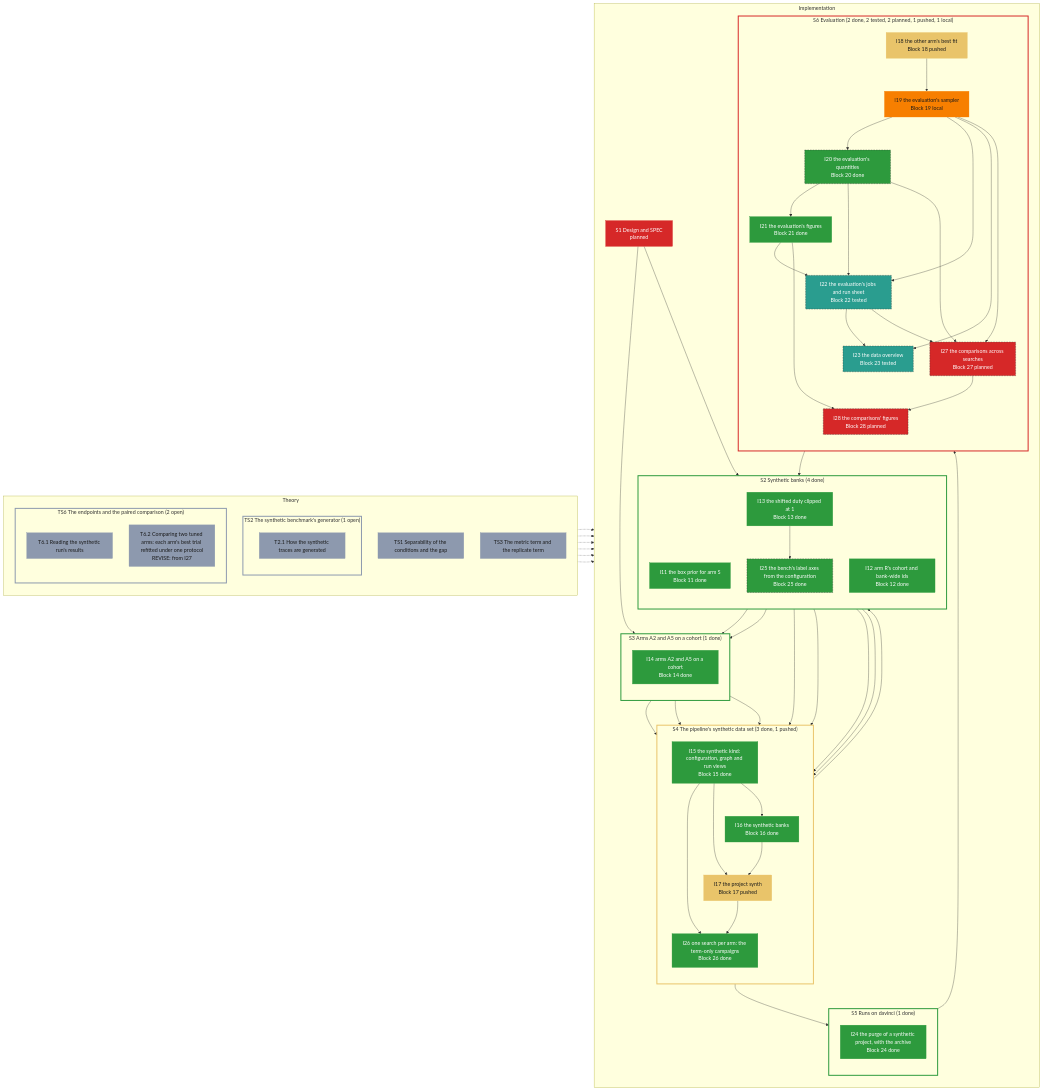
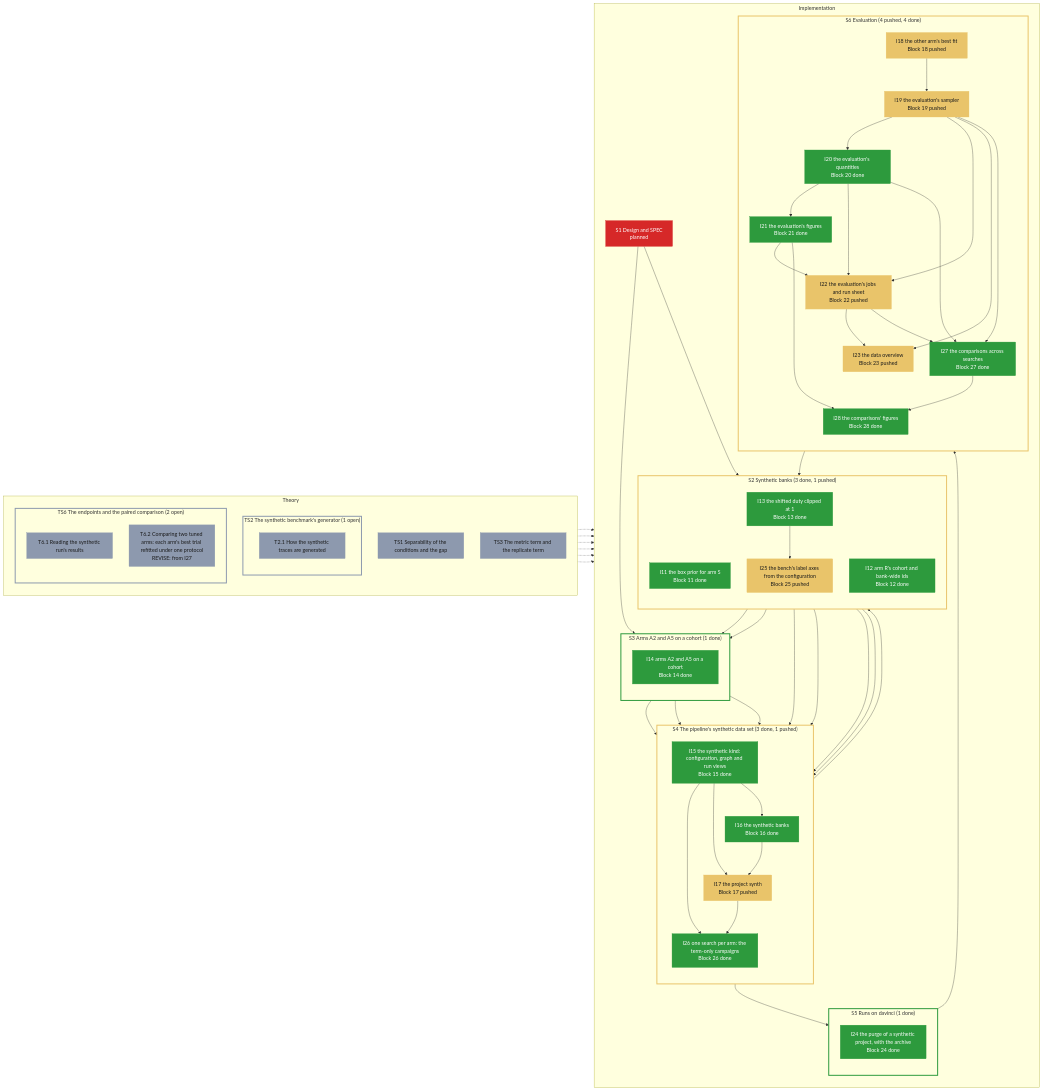
The diagram in specs/roadmap/synth.md (Leonardodm00/Simulation-Based-Inference), drawn with Mermaid before and after one commit. The commit also changed other lines of this file, not shown here.

First line of the commit message:
roadmap: synth re-rendered at 0631713: I20, I21, I27 and I28 done (the tester's report of 2026-11-16 at bd7651f, its Scope line now parsed); I17-I19, I22, I23 and I25 pushed (files of theirs changed after the tested commit)

````diff
--- a/specs/roadmap/synth.md
+++ b/specs/roadmap/synth.md
@@ -33,12 +33,12 @@
     subgraph impl["Implementation"]
         direction TB
         S1["S1 Design and SPEC<br/>planned"]:::planned
-        subgraph grp_S2["S2 Synthetic banks (4 done)"]
+        subgraph grp_S2["S2 Synthetic banks (3 done, 1 pushed)"]
             direction TB
             I11["I11 the box prior for arm S<br/>Block 11 done"]:::done
             I12["I12 arm R's cohort and bank-wide ids<br/>Block 12 done"]:::done
             I13["I13 the shifted duty clipped at 1<br/>Block 13 done"]:::done
-            I25["I25 the bench's label axes from the configuration<br/>Block 25 done"]:::done
+            I25["I25 the bench's label axes from the configuration<br/>Block 25 pushed"]:::pushed
         end
         subgraph grp_S3["S3 Arms A2 and A5 on a cohort (1 done)"]
             direction TB
@@ -55,16 +55,16 @@
             direction TB
             I24["I24 the purge of a synthetic project, with the archive<br/>Block 24 done"]:::done
         end
-        subgraph grp_S6["S6 Evaluation (2 done, 2 tested, 2 planned, 1 pushed, 1 local)"]
+        subgraph grp_S6["S6 Evaluation (4 pushed, 4 done)"]
             direction TB
             I18["I18 the other arm's best fit<br/>Block 18 pushed"]:::pushed
-            I19["I19 the evaluation's sampler<br/>Block 19 local"]:::local
+            I19["I19 the evaluation's sampler<br/>Block 19 pushed"]:::pushed
             I20["I20 the evaluation's quantities<br/>Block 20 done"]:::done
             I21["I21 the evaluation's figures<br/>Block 21 done"]:::done
-            I22["I22 the evaluation's jobs and run sheet<br/>Block 22 tested"]:::tested
-            I23["I23 the data overview<br/>Block 23 tested"]:::tested
-            I27["I27 the comparisons across searches<br/>Block 27 planned"]:::planned
-            I28["I28 the comparisons' figures<br/>Block 28 planned"]:::planned
+            I22["I22 the evaluation's jobs and run sheet<br/>Block 22 pushed"]:::pushed
+            I23["I23 the data overview<br/>Block 23 pushed"]:::pushed
+            I27["I27 the comparisons across searches<br/>Block 27 done"]:::done
+            I28["I28 the comparisons' figures<br/>Block 28 done"]:::done
         end
         S1 --> grp_S2
         S1 --> grp_S3
@@ -107,12 +107,11 @@
     grp_TS6 -.-> grp_S6
     T6.2 -.-> I18
     T2.1 -.-> I23
-    class I20,I22,I23,I25,I27,I28 blocked
     style grp_TS2 stroke:#8d99ae,stroke-width:3px
     style grp_TS6 stroke:#8d99ae,stroke-width:3px
-    style grp_S2 stroke:#2d9a3d,stroke-width:3px
+    style grp_S2 stroke:#e9c46a,stroke-width:3px
     style grp_S3 stroke:#2d9a3d,stroke-width:3px
     style grp_S4 stroke:#e9c46a,stroke-width:3px
     style grp_S5 stroke:#2d9a3d,stroke-width:3px
-    style grp_S6 stroke:#d62828,stroke-width:3px
+    style grp_S6 stroke:#e9c46a,stroke-width:3px
 ```
````
